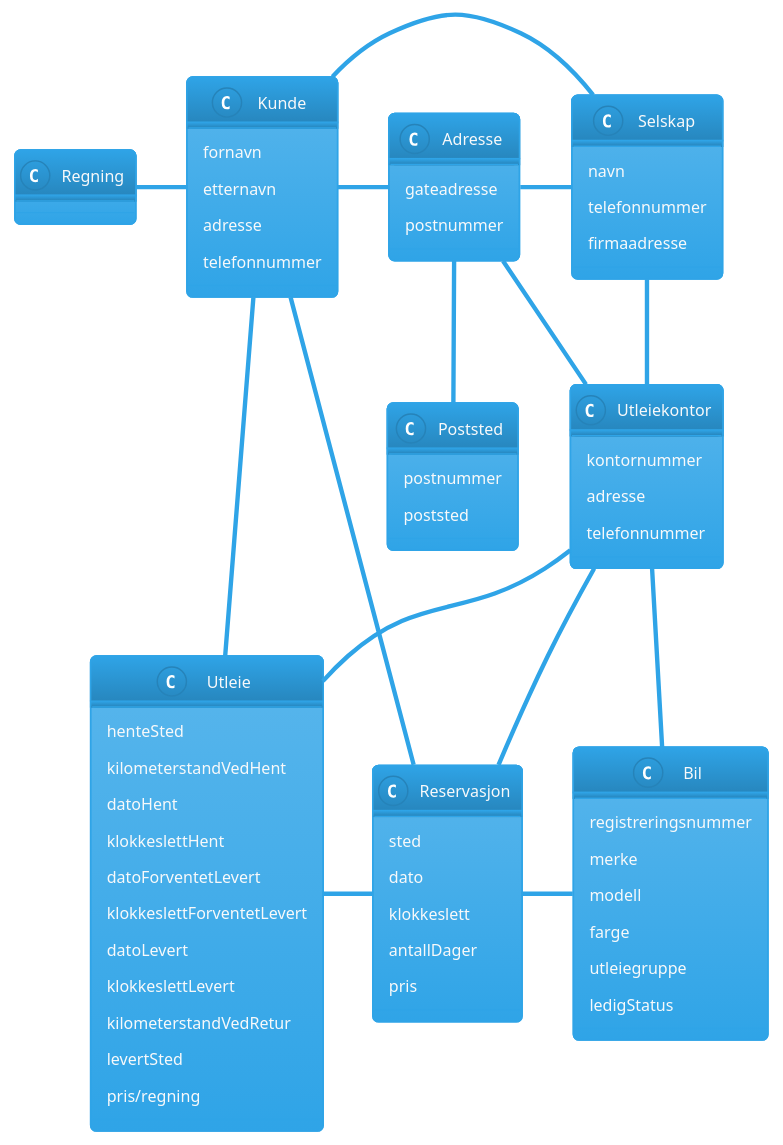
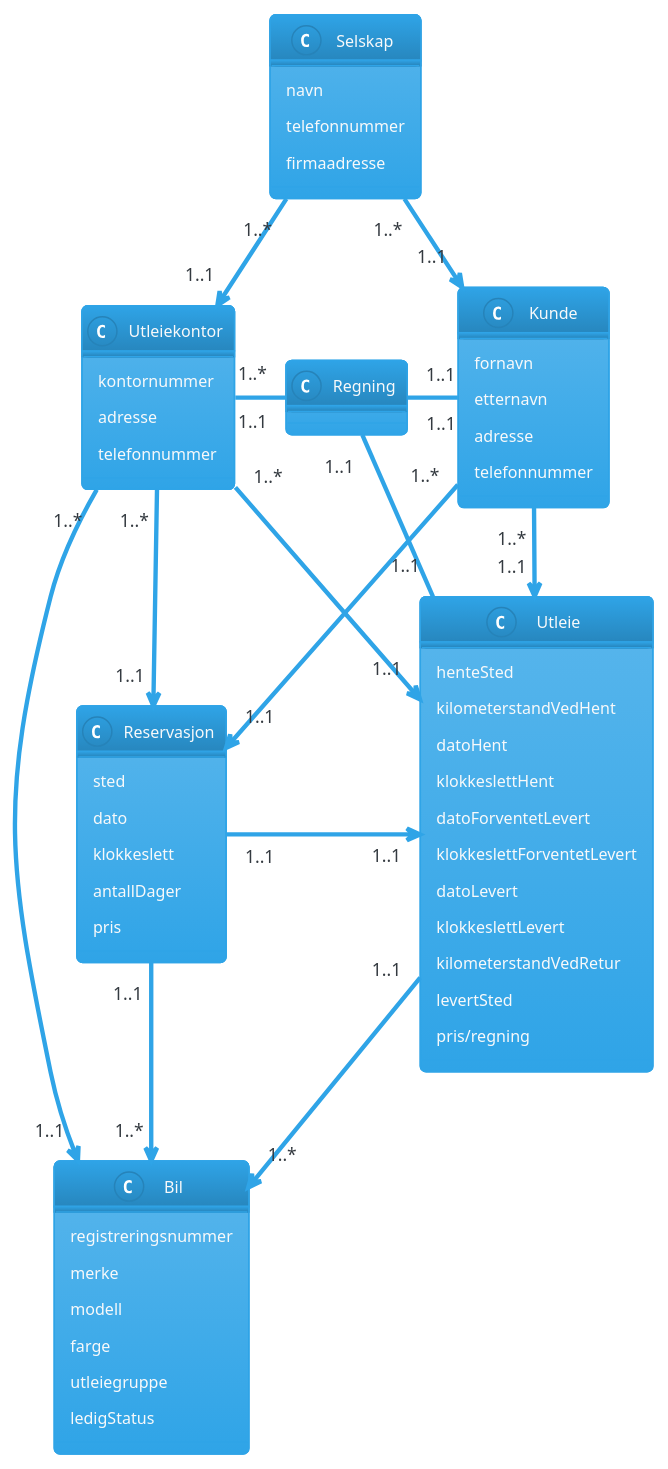
Before and after one commit to h598062/DAT109-Oblig2: the diagram in diagrammer/klassediagram.puml, drawn with PlantUML.

Commit message:
klassediagram

```diff
--- a/diagrammer/klassediagram.puml
+++ b/diagrammer/klassediagram.puml
@@ -1,85 +1,68 @@
 @startuml Klassediagram - Oblig2
 'https://plantuml.com/class-diagram
 
 !theme cerulean
 
-class Kunde {
-	fornavn
-	etternavn
+class "Utleiekontor"    as uk {
+	kontornummer
 	adresse
 	telefonnummer
 }
-
-class Bil {
+class "Bil"             as b  {
 	registreringsnummer
 	merke
 	modell
 	farge
 	utleiegruppe
 	ledigStatus
 }
-
-class Utleiekontor {
-	kontornummer
+class "Kunde"           as k  {
+	fornavn
+	etternavn
 	adresse
 	telefonnummer
 }
-
-class Selskap {
-	navn
-	telefonnummer
-	firmaadresse
-}
-
-class Reservasjon {
+class "Reservasjon"     as r  {
 	sted
 	dato
 	klokkeslett
 	antallDager
 	pris
 }
+class "Regning"         as rg {
 
-class Utleie {
+}
+class "Utleie"          as u  {
 	henteSted
-	kilometerstandVedHent
-	datoHent
-	klokkeslettHent
-	datoForventetLevert
-	klokkeslettForventetLevert
-	datoLevert
-	klokkeslettLevert
-	kilometerstandVedRetur
-	levertSted
-	pris/regning
+    kilometerstandVedHent
+    datoHent
+    klokkeslettHent
+    datoForventetLevert
+    klokkeslettForventetLevert
+    datoLevert
+    klokkeslettLevert
+    kilometerstandVedRetur
+    levertSted
+    pris/regning
+}
+class "Selskap"         as s {
+	navn
+	telefonnummer
+	firmaadresse
 }
 
-class Regning {
-
-}
-
-class Adresse {
-	gateadresse
-	postnummer
-}
-
-class Poststed {
-	postnummer
-	poststed
-}
-
-Selskap -down- Utleiekontor
-Selskap -left- Adresse
-Adresse -down- Poststed
-Utleiekontor - Bil
-Utleiekontor - Adresse
-Selskap - Kunde
-Kunde - Adresse
-Kunde - Reservasjon
-Kunde -left- Regning
-Reservasjon - Bil
-Utleiekontor -down- Reservasjon
-Utleiekontor -down- Utleie
-Kunde -down- Utleie
-Utleie - Reservasjon
+s  "1..*" -down->  "1..1" uk
+s  "1..*" -down->  "1..1" k
+uk "1..*" -down->  "1..1" r
+uk "1..*" -right-  "1..1" rg
+rg "1..1" -right-  "1..1" k
+uk "1..*" -down->  "1..1" u
+u  "1..1" -up-     "1..1" rg
+uk "1..*" -down->  "1..1" b
+k  "1..*" -down->  "1..1" u
+k  "1..*" -down->  "1..1" r
+u  "1..1" -down->  "1..*" b
+r  "1..1" -down->  "1..*" b
+r  "1..1" -right-> "1..1" u : "                            "
 
 @enduml
```
